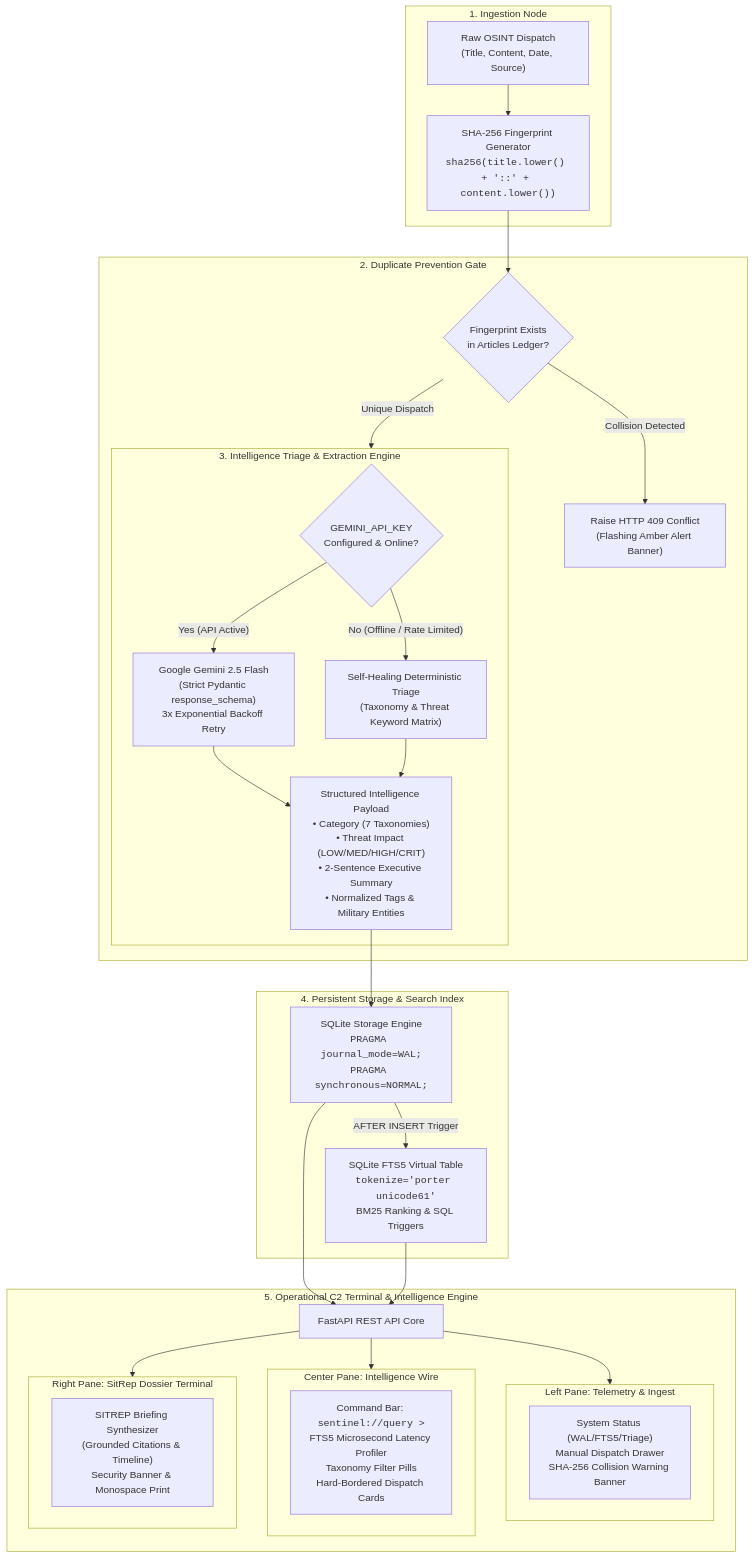
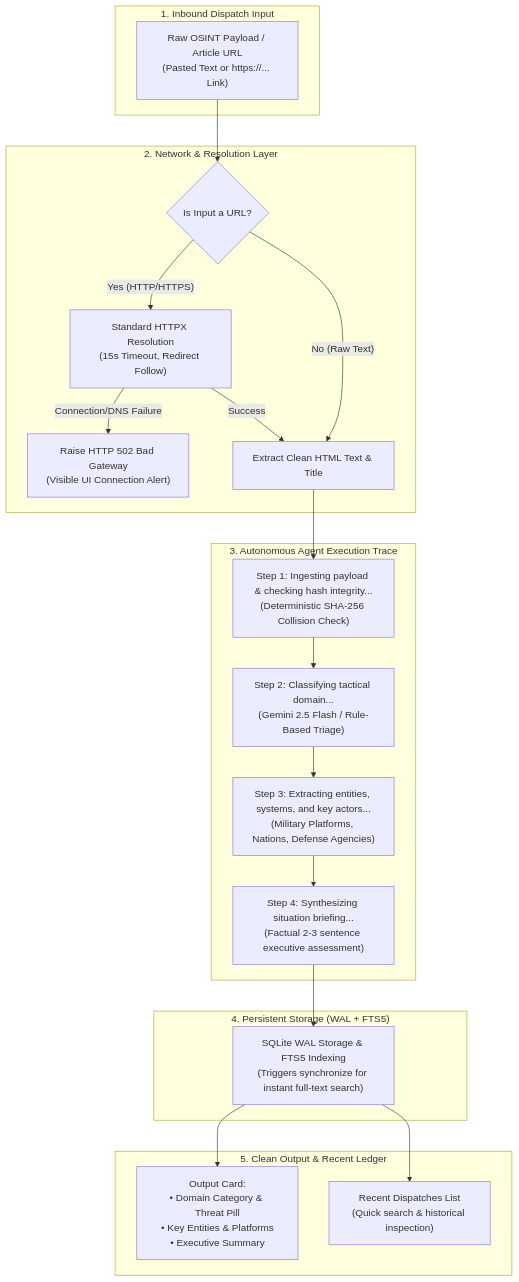
Before and after one commit to gagan-kikkeri/astra: the diagram in README.md, drawn with Mermaid. The commit also changed other lines of this file and 6 other files, not shown here.

Commit message:
refactor(agent): centered single-flow agent interface with execution trace and network error diagnostics

````diff
--- a/README.md
+++ b/README.md
@@ -18,52 +18,31 @@
 ```mermaid
 flowchart TD
-    subgraph INGESTION ["1. Ingestion Node"]
-        RAW["Raw OSINT Dispatch<br/>(Title, Content, Date, Source)"]
-        HASH_ENG["SHA-256 Fingerprint Generator<br/><code>sha256(title.lower() + '::' + content.lower())</code>"]
-        RAW --> HASH_ENG
+    subgraph INPUT ["1. Inbound Dispatch Input"]
+        RAW["Raw OSINT Payload / Article URL<br/>(Pasted Text or https://... Link)"]
     end
 
-    subgraph DEFENSIVE_GATE ["2. Duplicate Prevention Gate"]
-        DUP_CHECK{"Fingerprint Exists<br/>in Articles Ledger?"}
-        HASH_ENG --> DUP_CHECK
-        DUP_CHECK -- "Collision Detected" --> HTTP_409["Raise HTTP 409 Conflict<br/>(Flashing Amber Alert Banner)"]
-        DUP_CHECK -- "Unique Dispatch" --> TRIAGE
+    subgraph NETWORK ["2. Network & Resolution Layer"]
+        IS_URL{"Is Input a URL?"}
+        RAW --> IS_URL
+        IS_URL -- "Yes (HTTP/HTTPS)" --> FETCH["Standard HTTPX Resolution<br/>(15s Timeout, Redirect Follow)"]
+        FETCH -- "Connection/DNS Failure" --> ERR_502["Raise HTTP 502 Bad Gateway<br/>(Visible UI Connection Alert)"]
+        FETCH -- "Success" --> EXTRACT_BODY["Extract Clean HTML Text & Title"]
+        IS_URL -- "No (Raw Text)" --> EXTRACT_BODY
     end
 
-    subgraph TRIAGE ["3. Intelligence Triage & Extraction Engine"]
-        KEY_CHECK{"GEMINI_API_KEY<br/>Configured & Online?"}
-        KEY_CHECK -- "Yes (API Active)" --> GEMINI["Google Gemini 2.5 Flash<br/>(Strict Pydantic response_schema)<br/>3x Exponential Backoff Retry"]
-        KEY_CHECK -- "No (Offline / Rate Limited)" --> RULE_BASED["Self-Healing Deterministic Triage<br/>(Taxonomy & Threat Keyword Matrix)"]
-        GEMINI --> EXTRACTED["Structured Intelligence Payload<br/>• Category (7 Taxonomies)<br/>• Threat Impact (LOW/MED/HIGH/CRIT)<br/>• 2-Sentence Executive Summary<br/>• Normalized Tags & Military Entities"]
-        RULE_BASED --> EXTRACTED
+    subgraph AGENT_PIPELINE ["3. Autonomous Agent Execution Trace"]
+        EXTRACT_BODY --> STEP1["Step 1: Ingesting payload & checking hash integrity...<br/>(Deterministic SHA-256 Collision Check)"]
+        STEP1 --> STEP2["Step 2: Classifying tactical domain...<br/>(Gemini 2.5 Flash / Rule-Based Triage)"]
+        STEP2 --> STEP3["Step 3: Extracting entities, systems, and key actors...<br/>(Military Platforms, Nations, Defense Agencies)"]
+        STEP3 --> STEP4["Step 4: Synthesizing situation briefing...<br/>(Factual 2-3 sentence executive assessment)"]
     end
 
-    subgraph PERSISTENCE ["4. Persistent Storage & Search Index"]
-        SQLITE["SQLite Storage Engine<br/><code>PRAGMA journal_mode=WAL;</code><br/><code>PRAGMA synchronous=NORMAL;</code>"]
-        FTS5["SQLite FTS5 Virtual Table<br/><code>tokenize='porter unicode61'</code><br/>BM25 Ranking & SQL Triggers"]
-        EXTRACTED --> SQLITE
-        SQLITE -- "AFTER INSERT Trigger" --> FTS5
+    subgraph PERSISTENCE ["4. Persistent Storage (WAL + FTS5)"]
+        STEP4 --> DB["SQLite WAL Storage & FTS5 Indexing<br/>(Triggers synchronize for instant full-text search)"]
     end
 
-    subgraph WORKSTATION ["5. Operational C2 Terminal & Intelligence Engine"]
-        API["FastAPI REST API Core"]
-        SQLITE --> API
-        FTS5 --> API
-
-        subgraph PANE_1 ["Left Pane: Telemetry & Ingest"]
-            TEL["System Status (WAL/FTS5/Triage)<br/>Manual Dispatch Drawer<br/>SHA-256 Collision Warning Banner"]
-        end
-
-        subgraph PANE_2 ["Center Pane: Intelligence Wire"]
-            WIRE["Command Bar: <code>sentinel://query ></code><br/>FTS5 Microsecond Latency Profiler<br/>Taxonomy Filter Pills<br/>Hard-Bordered Dispatch Cards"]
-        end
-
-        subgraph PANE_3 ["Right Pane: SitRep Dossier Terminal"]
-            SITREP["SITREP Briefing Synthesizer<br/>(Grounded Citations & Timeline)<br/>Security Banner & Monospace Print"]
-        end
-
-        API --> PANE_1
-        API --> PANE_2
-        API --> PANE_3
+    subgraph OUTPUT ["5. Clean Output & Recent Ledger"]
+        DB --> CARD["Output Card:<br/>• Domain Category & Threat Pill<br/>• Key Entities & Platforms<br/>• Executive Summary"]
+        DB --> RECENT["Recent Dispatches List<br/>(Quick search & historical inspection)"]
     end
 ```
````
